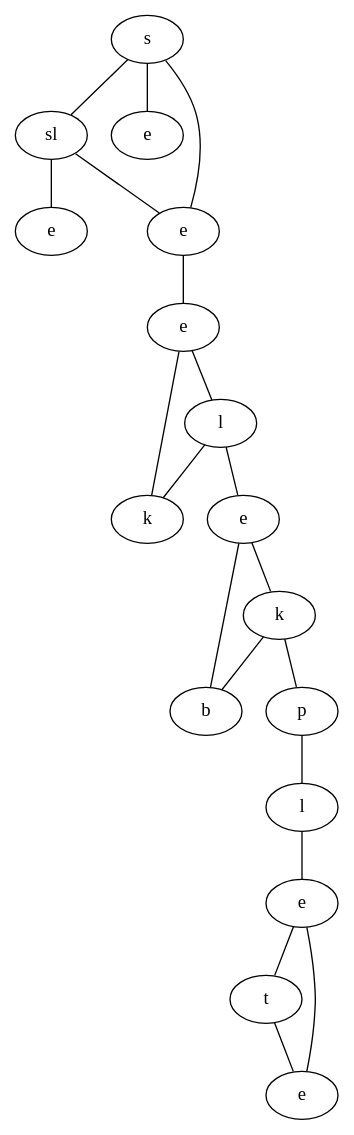
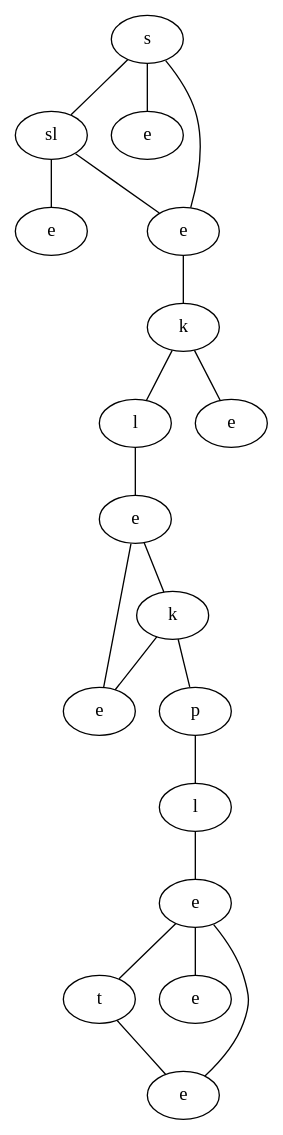
The diagram in data/VGLC/graph.dot (schrum2/MM-NEAT), drawn with Graphviz before and after one commit. The commit also changed 2 other files, not shown here.

```diff
--- a/data/VGLC/graph.dot
+++ b/data/VGLC/graph.dot
@@ -1,37 +1,38 @@
 graph {
-nMGJ[label="s"]
-ztxc[label="sl"]
-Fqfh[label="e"]
-QUDc[label="e"]
-KiqH[label="e"]
-KBlP[label="e"]
-ZjDc[label="l"]
-McgV[label="k"]
-xSgH[label="e"]
-MGJp[label="k"]
-VhLo[label="b"]
-TCyw[label="p"]
-CkAc[label="l"]
-uvVx[label="e"]
-FYSl[label="t"]
-WarZ[label="e"]
-nMGJ -- ztxc
-nMGJ -- Fqfh
-nMGJ -- QUDc
-ztxc -- QUDc
-ztxc -- KiqH
-QUDc -- KBlP
-KBlP -- ZjDc
-KBlP -- McgV
-ZjDc -- McgV
-ZjDc -- xSgH
-xSgH -- MGJp
-xSgH -- VhLo
-MGJp -- VhLo
-MGJp -- TCyw
-TCyw -- CkAc
-CkAc -- uvVx
-uvVx -- FYSl
-uvVx -- WarZ
-FYSl -- WarZ
+KNmb[label="s"]
+MHIK[label="sl"]
+vpFJ[label="e"]
+LLZv[label="e"]
+dPhg[label="e"]
+rJpX[label="k"]
+otlv[label="l"]
+lPKL[label="e"]
+jOKT[label="e"]
+vJDS[label="k"]
+LnsR[label="e"]
+eKuQ[label="p"]
+GlUS[label="l"]
+ackd[label="e"]
+kQYN[label="t"]
+VSln[label="e"]
+JEMM[label="e"]
+KNmb -- MHIK
+KNmb -- vpFJ
+KNmb -- LLZv
+MHIK -- LLZv
+MHIK -- dPhg
+LLZv -- rJpX
+rJpX -- otlv
+rJpX -- lPKL
+otlv -- jOKT
+jOKT -- vJDS
+jOKT -- LnsR
+vJDS -- LnsR
+vJDS -- eKuQ
+eKuQ -- GlUS
+GlUS -- ackd
+ackd -- kQYN
+ackd -- VSln
+ackd -- JEMM
+kQYN -- JEMM
 }
```
